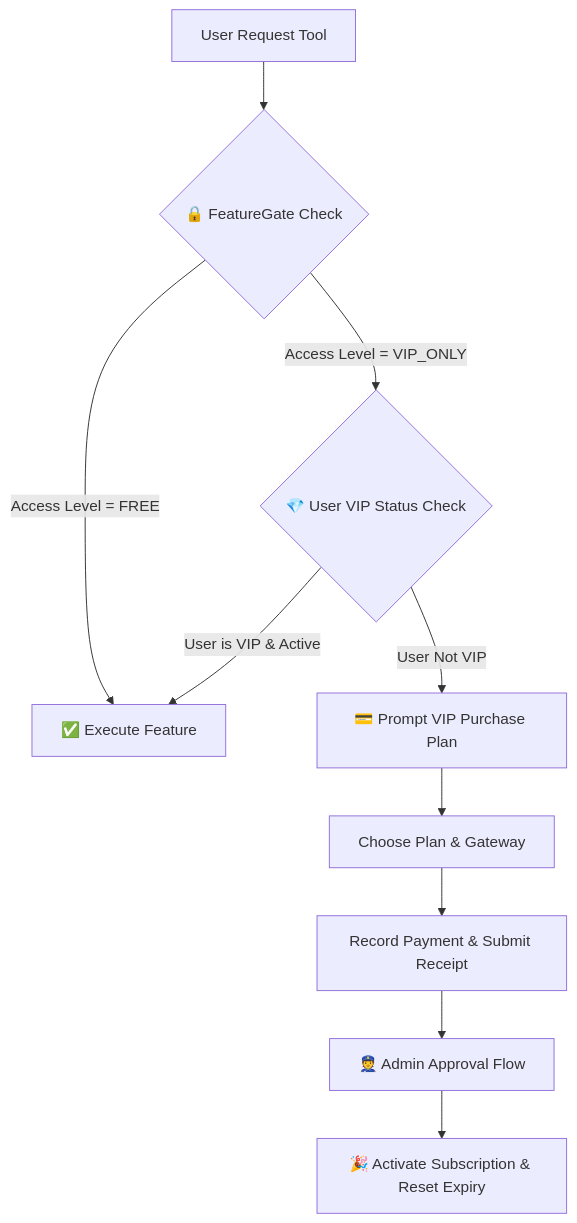
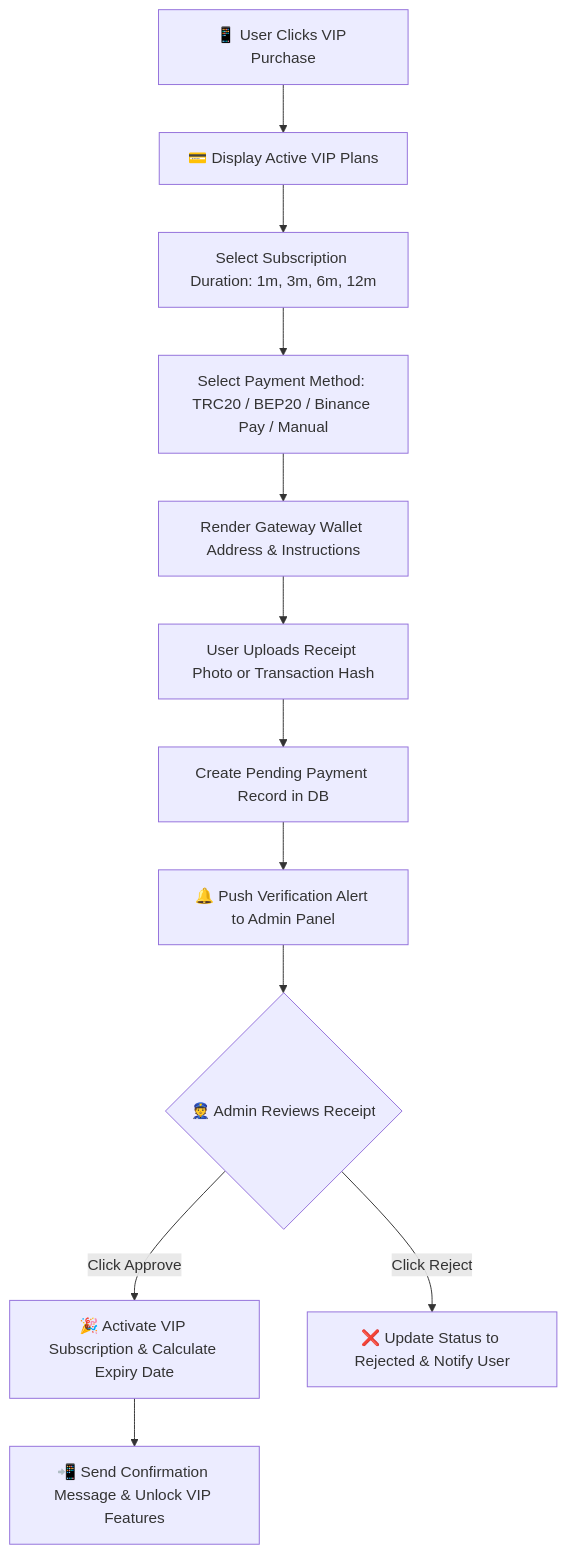
The fifth of 8 diagrams in README.md (mrVXBoT/FastTGConvert_bot), drawn with Mermaid before and after one commit. The commit also changed other lines of this file, not shown here.

````diff
--- a/README.md
+++ b/README.md
@@ -71,12 +269,14 @@
 ```mermaid
-graph TD
-    U[User Request Tool] --> FG{🔒 FeatureGate Check}
-    FG -->|Access Level = FREE| Exec[✅ Execute Feature]
-    FG -->|Access Level = VIP_ONLY| VIPCheck{💎 User VIP Status Check}
-    VIPCheck -->|User is VIP & Active| Exec
-    VIPCheck -->|User Not VIP| PayPrompt[💳 Prompt VIP Purchase Plan]
-    PayPrompt --> SelectPlan[Choose Plan & Gateway]
-    SelectPlan --> Payment[Record Payment & Submit Receipt]
-    Payment --> AdminApprove[👮 Admin Approval Flow]
-    AdminApprove --> GrantVIP[🎉 Activate Subscription & Reset Expiry]
+flowchart TD
+    A[📱 User Clicks VIP Purchase] --> B[💳 Display Active VIP Plans]
+    B --> C[Select Subscription Duration: 1m, 3m, 6m, 12m]
+    C --> D[Select Payment Method: TRC20 / BEP20 / Binance Pay / Manual]
+    D --> E[Render Gateway Wallet Address & Instructions]
+    E --> F[User Uploads Receipt Photo or Transaction Hash]
+    F --> G[Create Pending Payment Record in DB]
+    G --> H[🔔 Push Verification Alert to Admin Panel]
+    H --> I{👮 Admin Reviews Receipt}
+    I -->|Click Approve| J[🎉 Activate VIP Subscription & Calculate Expiry Date]
+    I -->|Click Reject| K[❌ Update Status to Rejected & Notify User]
+    J --> L[📲 Send Confirmation Message & Unlock VIP Features]
 ```
````
